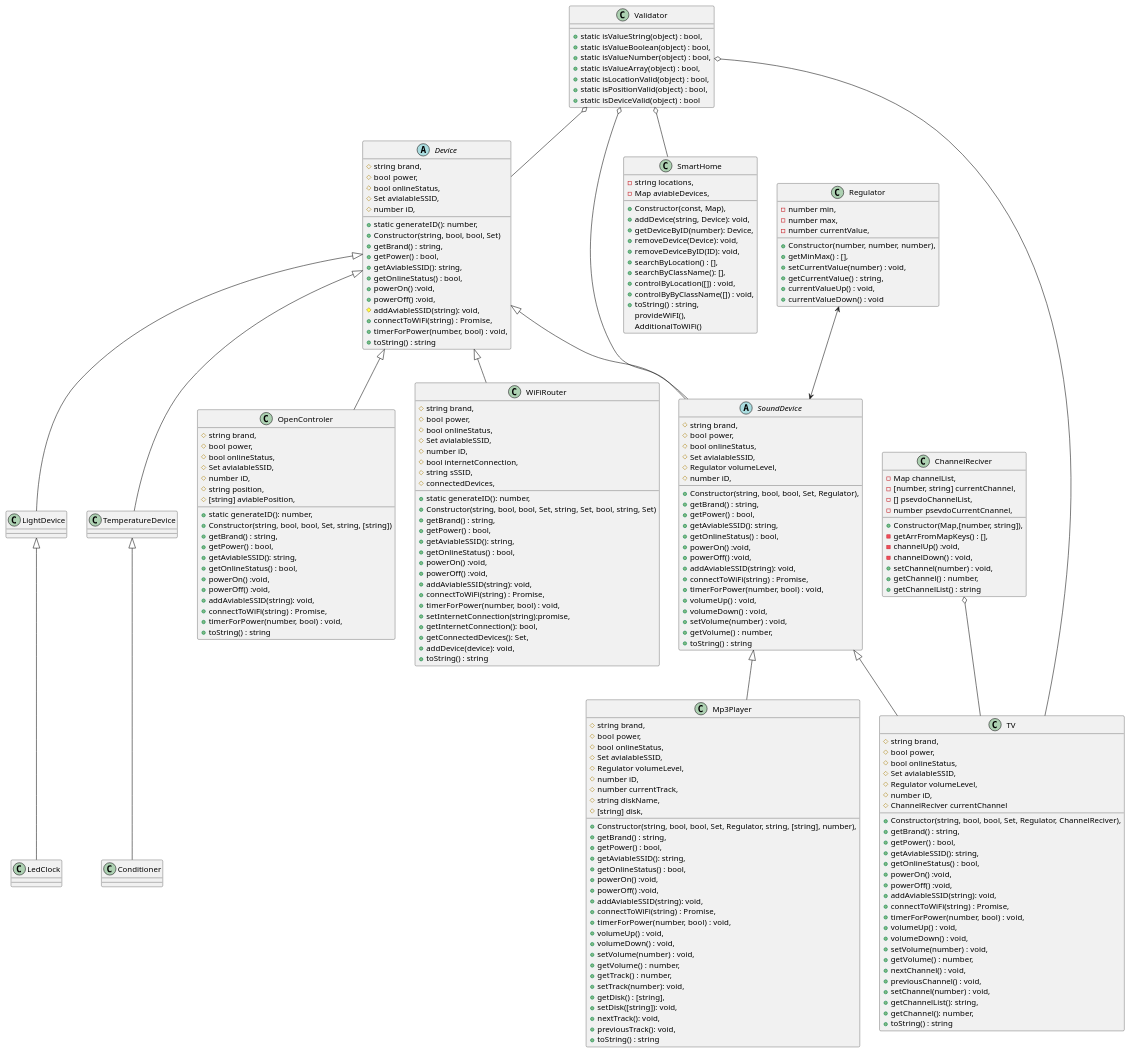
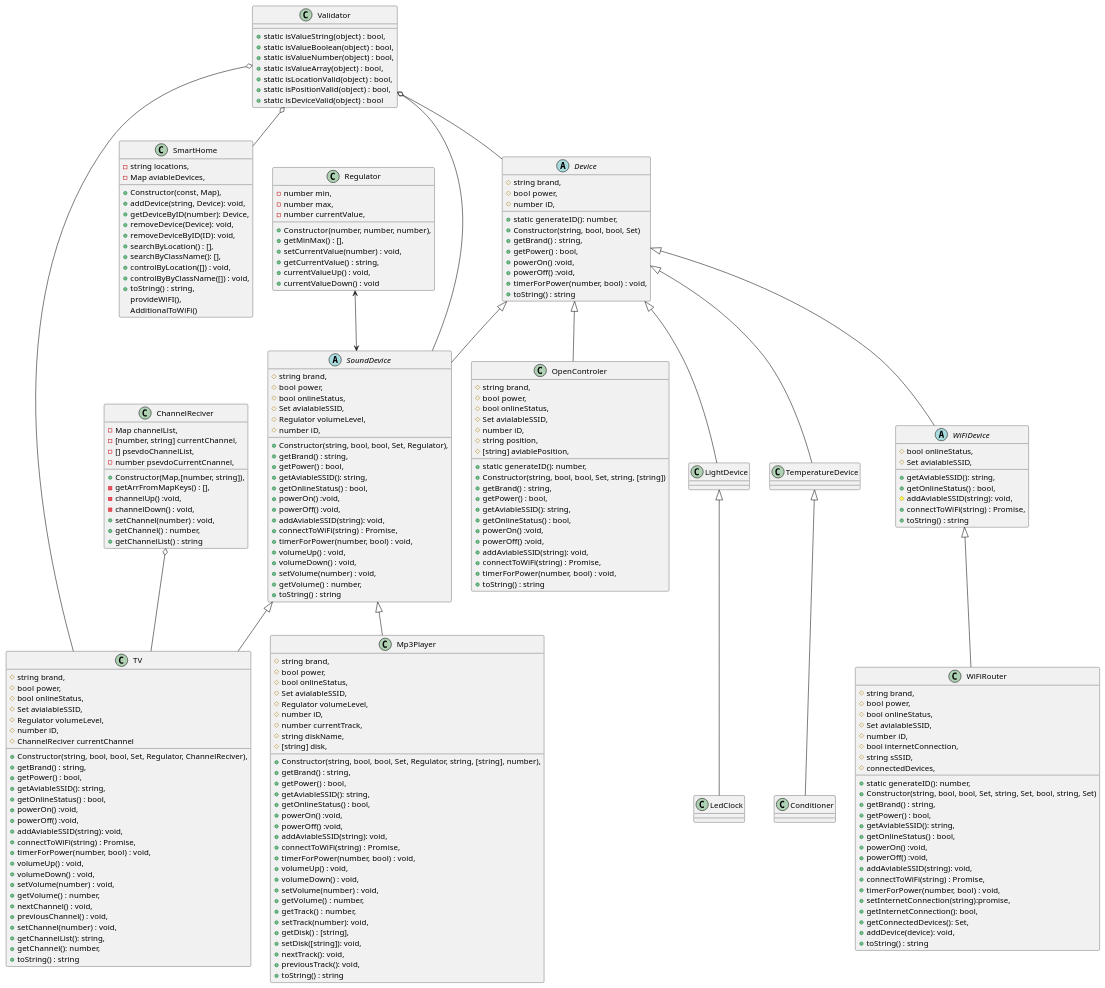
Before and after one commit to SalischevAV/SmartHomeJs2009: the diagram in ClassDiagramm.wsd, drawn with PlantUML. The commit also changed 13 other files, not shown here.

```diff
--- a/ClassDiagramm.wsd
+++ b/ClassDiagramm.wsd
@@ -42,19 +42,23 @@
     +static generateID(): number,
     +Constructor(string, bool, bool, Set)
     #string brand,
-    #bool power,
-    #bool onlineStatus,
-    #Set avialableSSID,
+    #bool power,  
     #number iD,
     +getBrand() : string,
     +getPower() : bool,
+    +powerOn() :void,
+    +powerOff() :void,
+    +timerForPower(number, bool) : void,
+    +toString() : string
+}
+
+abstract class WiFiDevice{
+    #bool onlineStatus,
+    #Set avialableSSID,
     +getAviableSSID(): string,
     +getOnlineStatus() : bool,
-    +powerOn() :void,
-    +powerOff() :void,
     #addAviableSSID(string): void,
     +connectToWiFi(string) : Promise,
-    +timerForPower(number, bool) : void,
     +toString() : string
 }
 
@@ -217,11 +221,12 @@
 }
 
 Device <|-- SoundDevice
-Device <|-- WiFiRouter
 Device <|-- OpenControler
 Device <|-- LightDevice
 Device <|-- TemperatureDevice
+Device <|-- WiFiDevice
 
+WiFiDevice<|-- WiFiRouter
 
 SoundDevice <|-- TV
 SoundDevice <|-- Mp3Player
```
